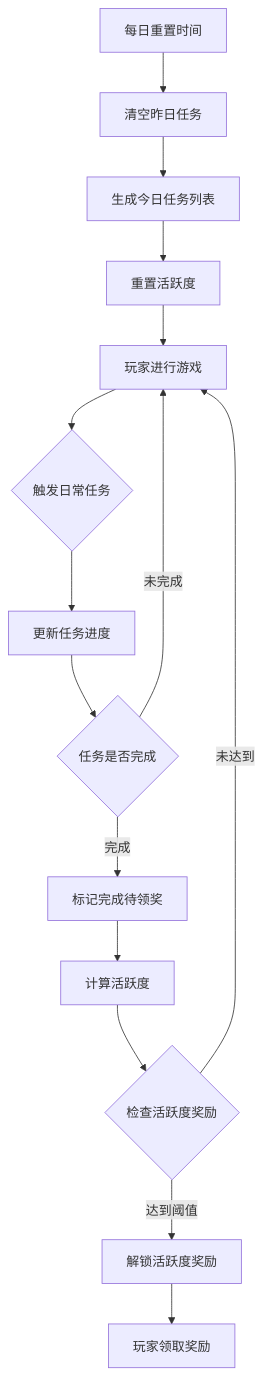
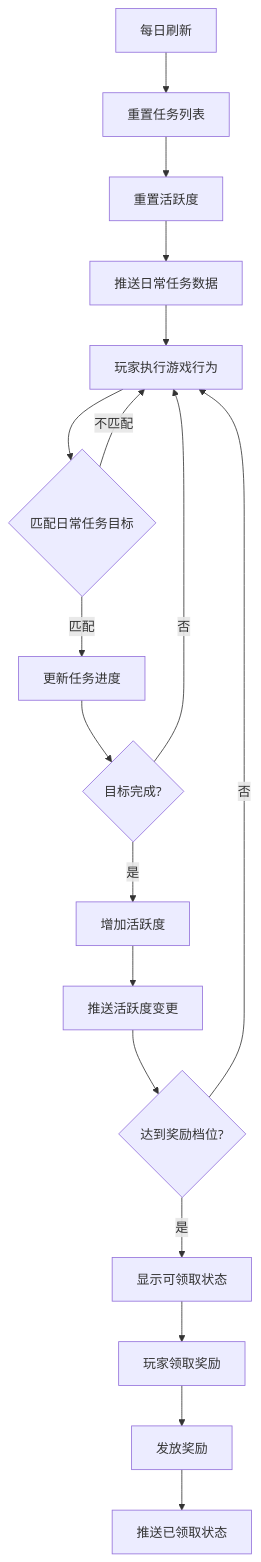
The sixth of 10 diagrams in docs/Module_Quest/05_完整说明.md (Alan-Ben/k2c_game_framework), drawn with Mermaid before and after one commit. The commit also changed other lines of this file and 75 other files, not shown here.

````diff
--- a/docs/Module_Quest/05_完整说明.md
+++ b/docs/Module_Quest/05_完整说明.md
@@ -121,17 +278,24 @@
 ```mermaid
 flowchart TD
-    A[每日重置时间] --> B[清空昨日任务]
-    B --> C[生成今日任务列表]
-    C --> D[重置活跃度]
-    D --> E[玩家进行游戏]
-    E --> F{触发日常任务}
-    F --> G[更新任务进度]
-    G --> H{任务是否完成}
-    H -->|完成| I[标记完成待领奖]
-    H -->|未完成| E
-    I --> J[计算活跃度]
-    J --> K{检查活跃度奖励}
-    K -->|达到阈值| L[解锁活跃度奖励]
-    K -->|未达到| E
+    A[每日刷新] --> B[重置任务列表]
+    B --> C[重置活跃度]
+    C --> D[推送日常任务数据]
+
+    D --> E[玩家执行游戏行为]
+    E --> F{匹配日常任务目标}
+    F -->|匹配| G[更新任务进度]
+    F -->|不匹配| E
+
+    G --> H{目标完成?}
+    H -->|否| E
+    H -->|是| I[增加活跃度]
+    I --> J[推送活跃度变更]
+
+    J --> K{达到奖励档位?}
+    K -->|是| L[显示可领取状态]
+    K -->|否| E
+
     L --> M[玩家领取奖励]
+    M --> N[发放奖励]
+    N --> O[推送已领取状态]
 ```
````
